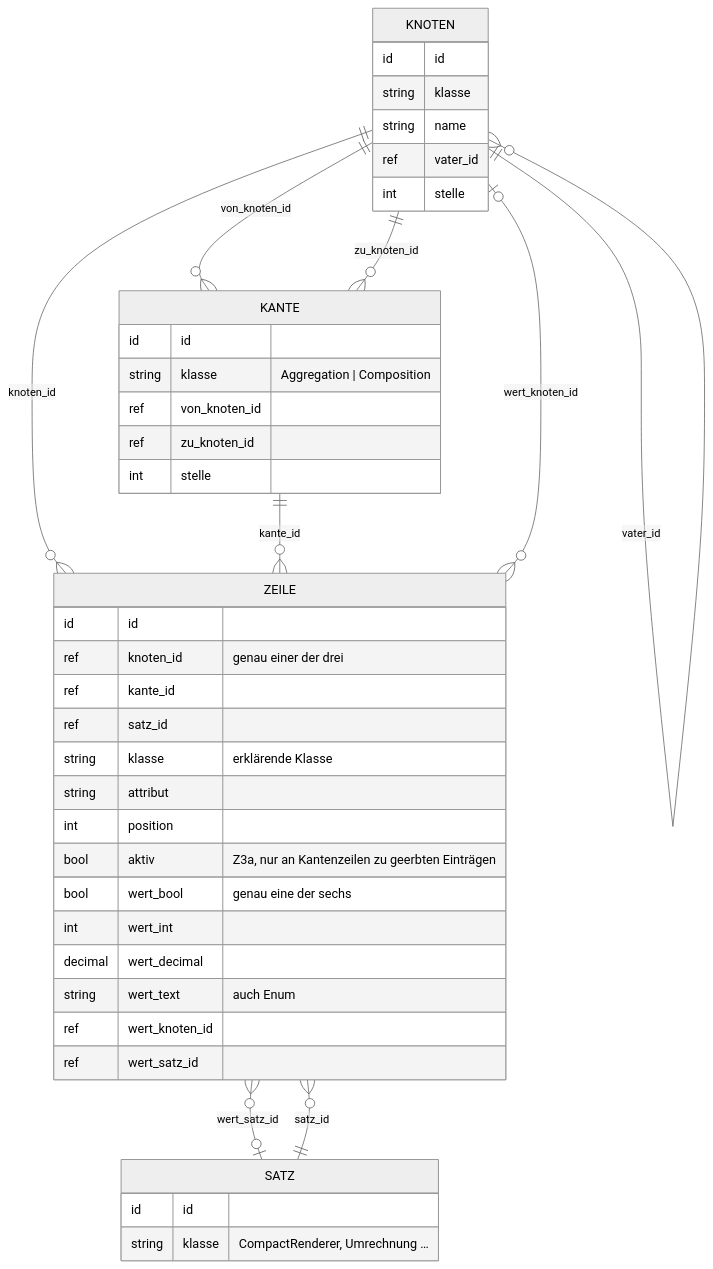
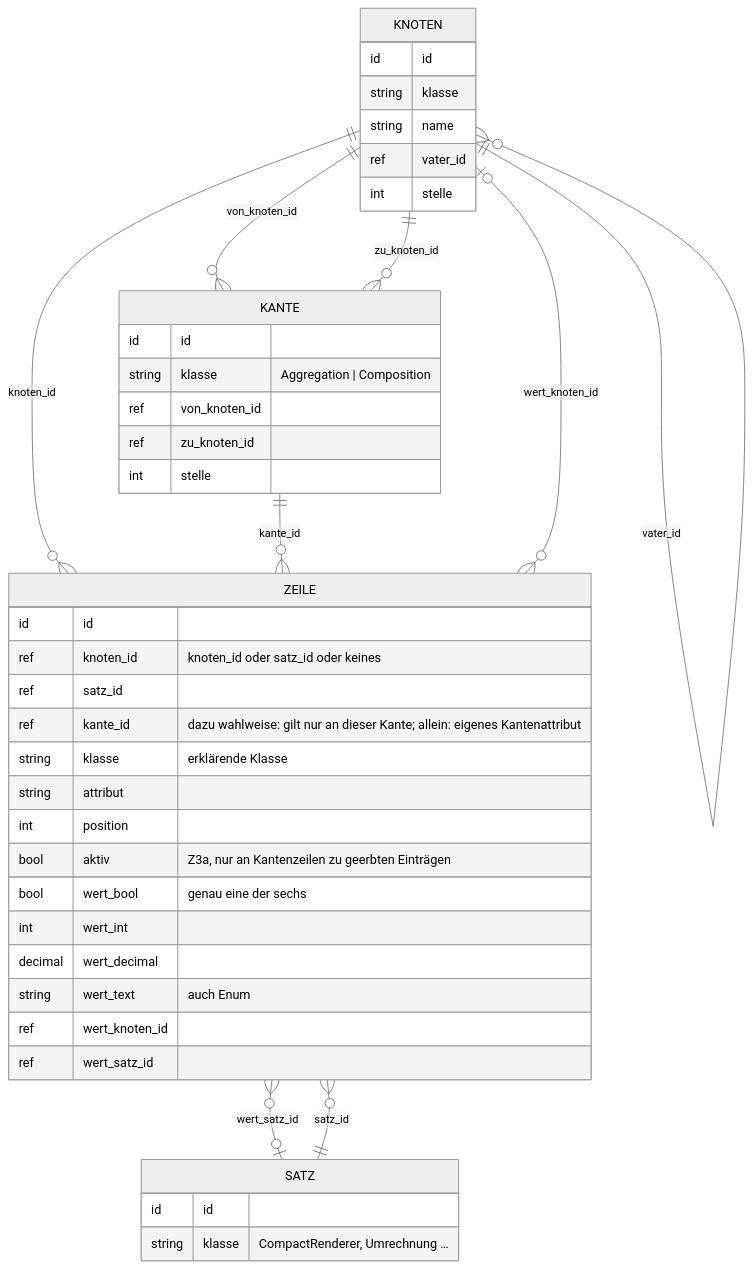
One commit to sfambach/wp-taxonomy-modeler changed diagram 11 of 11 in docs/einstellungen-von-null.md. Above: the diagram before and after it, drawn with Mermaid (neutral theme). The commit also changed other lines of this file, not shown here.

Commit message:
Einstellungen von null: L2/L3 beantwortet - die Kante ist Zusatz zum Traeger (Knoten x Kante, Satz x Kante), Ueberschreibung direkt im geerbten Eintrag; Regel: die Maske zeigt immer den aufgeloesten Wert

````diff
--- a/docs/einstellungen-von-null.md
+++ b/docs/einstellungen-von-null.md
@@ -1031,45 +1031,45 @@
 ```mermaid
 erDiagram
   KNOTEN ||--o{ KNOTEN : "vater_id"
   KNOTEN ||--o{ KANTE : "von_knoten_id"
   KNOTEN ||--o{ KANTE : "zu_knoten_id"
   KNOTEN ||--o{ ZEILE : "knoten_id"
   KANTE ||--o{ ZEILE : "kante_id"
   SATZ ||--o{ ZEILE : "satz_id"
   ZEILE }o--o| SATZ : "wert_satz_id"
   ZEILE }o--o| KNOTEN : "wert_knoten_id"
   KNOTEN {
     id id
     string klasse
     string name
     ref vater_id
     int stelle
   }
   KANTE {
     id id
     string klasse "Aggregation | Composition"
     ref von_knoten_id
     ref zu_knoten_id
     int stelle
   }
   SATZ {
     id id
     string klasse "CompactRenderer, Umrechnung …"
   }
   ZEILE {
     id id
-    ref knoten_id "genau einer der drei"
-    ref kante_id
+    ref knoten_id "knoten_id oder satz_id oder keines"
     ref satz_id
+    ref kante_id "dazu wahlweise: gilt nur an dieser Kante; allein: eigenes Kantenattribut"
     string klasse "erklärende Klasse"
     string attribut
     int position
     bool aktiv "Z3a, nur an Kantenzeilen zu geerbten Einträgen"
     bool wert_bool "genau eine der sechs"
     int wert_int
     decimal wert_decimal
     string wert_text "auch Enum"
     ref wert_knoten_id
     ref wert_satz_id
   }
 ```
````
